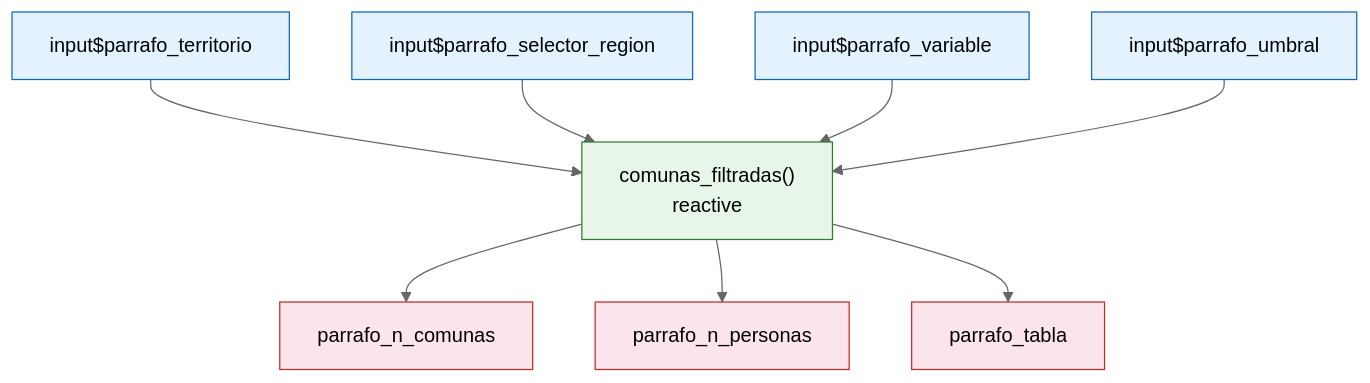
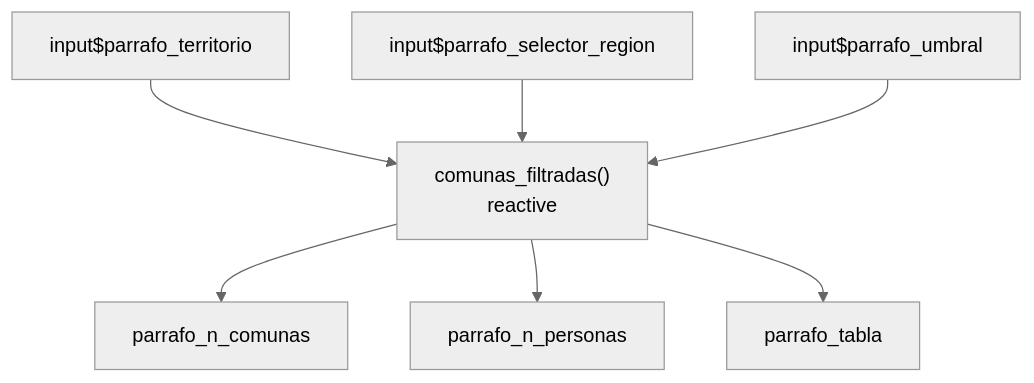
One commit to bastianolea/blog-R changed the fourth of 5 diagrams in content/blog/shiny_parrafo/index.qmd. Above: the diagram before and after it, drawn with Mermaid (neutral theme). The commit also changed other lines of this file and 3 other files, not shown here.

````diff
--- a/content/blog/shiny_parrafo/index.qmd
+++ b/content/blog/shiny_parrafo/index.qmd
@@ -1148,26 +1008,20 @@
 ```{mermaid}
 graph TD
 territorio["input$parrafo_territorio"]:::input
 region["input$parrafo_selector_region"]:::input
-variable["input$parrafo_variable"]:::input
 umbral["input$parrafo_umbral"]:::input
 
 filtradas["comunas_filtradas()<br>reactive"]:::reactive
 
 n_comunas["parrafo_n_comunas"]:::output
 n_personas["parrafo_n_personas"]:::output
 tabla["parrafo_tabla"]:::output
 
 territorio --> filtradas
 region --> filtradas
-variable --> filtradas
 umbral --> filtradas
 
 filtradas --> n_comunas
 filtradas --> n_personas
 filtradas --> tabla
-
-classDef input fill:#e3f2fd,stroke:#1565c0
-classDef reactive fill:#e8f5e9,stroke:#2e7d32
-classDef output fill:#fce4ec,stroke:#c62828
 ```
````
